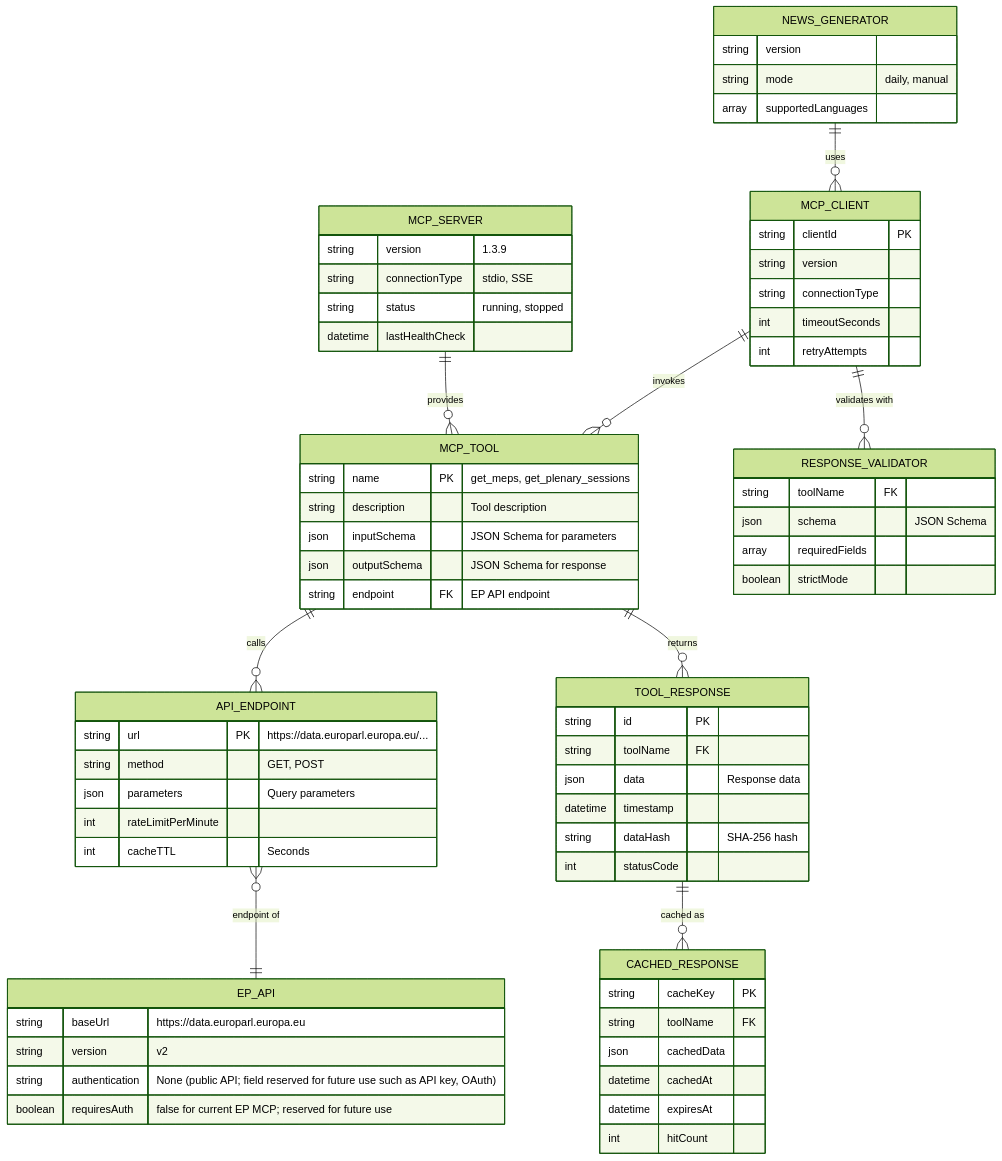
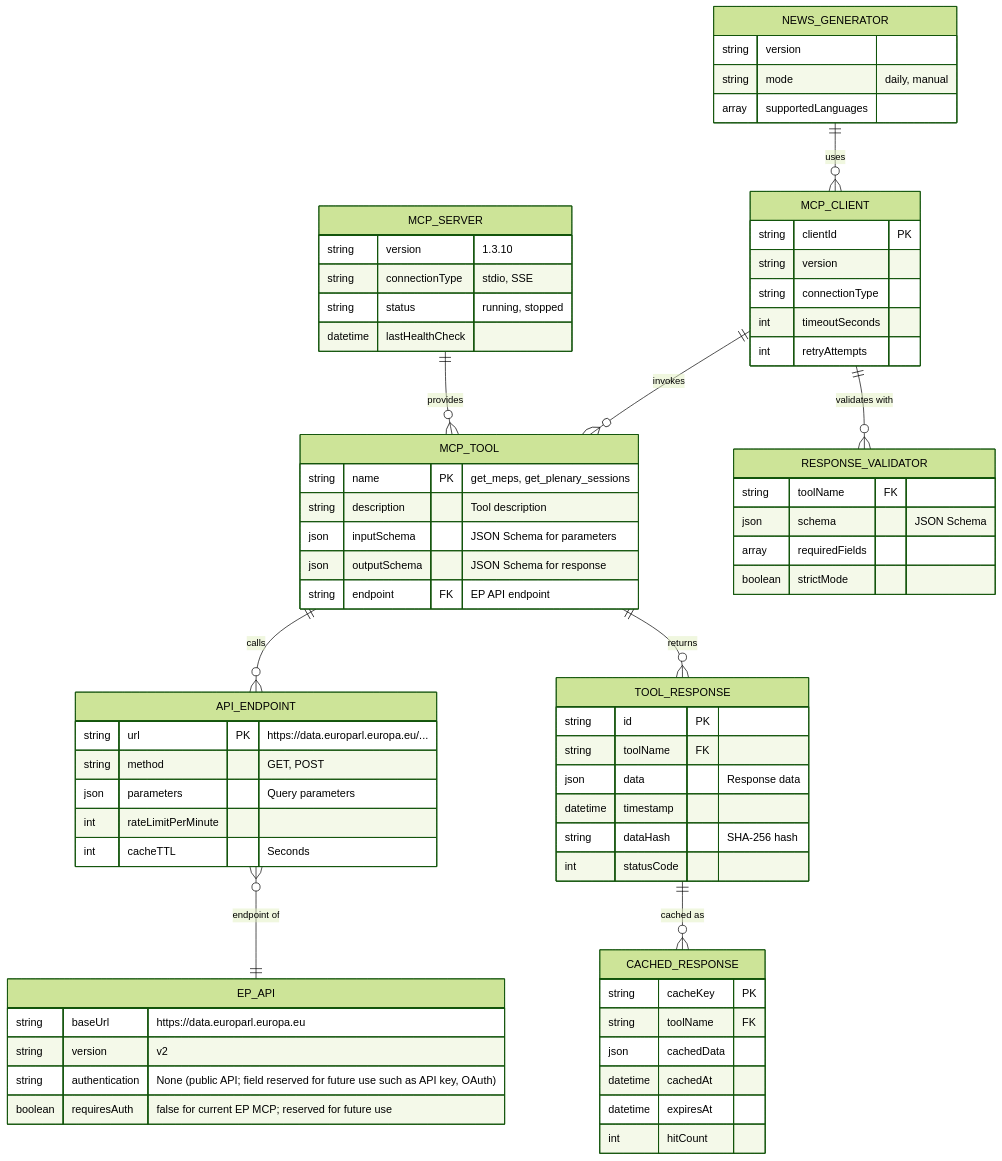
One commit to Hack23/euparliamentmonitor changed the third of 9 diagrams in DATA_MODEL.md. Above: the diagram before and after it, drawn with Mermaid (forest theme). The commit also changed other lines of this file and 47 other files, not shown here.

````diff
--- a/DATA_MODEL.md
+++ b/DATA_MODEL.md
@@ -974,81 +974,81 @@
 ```mermaid
 erDiagram
     MCP_SERVER ||--o{ MCP_TOOL : "provides"
     MCP_TOOL ||--o{ API_ENDPOINT : "calls"
     API_ENDPOINT }o--|| EP_API : "endpoint of"
     MCP_TOOL ||--o{ TOOL_RESPONSE : "returns"
     TOOL_RESPONSE ||--o{ CACHED_RESPONSE : "cached as"
 
     NEWS_GENERATOR ||--o{ MCP_CLIENT : "uses"
     MCP_CLIENT ||--o{ MCP_TOOL : "invokes"
     MCP_CLIENT ||--o{ RESPONSE_VALIDATOR : "validates with"
 
     MCP_SERVER {
-        string version "1.3.9"
+        string version "1.3.10"
         string connectionType "stdio, SSE"
         string status "running, stopped"
         datetime lastHealthCheck
     }
 
     MCP_TOOL {
         string name PK "get_meps, get_plenary_sessions"
         string description "Tool description"
         json inputSchema "JSON Schema for parameters"
         json outputSchema "JSON Schema for response"
         string endpoint FK "EP API endpoint"
     }
 
     API_ENDPOINT {
         string url PK "https://data.europarl.europa.eu/..."
         string method "GET, POST"
         json parameters "Query parameters"
         int rateLimitPerMinute
         int cacheTTL "Seconds"
     }
 
     EP_API {
         string baseUrl "https://data.europarl.europa.eu"
         string version "v2"
         string authentication "None (public API; field reserved for future use such as API key, OAuth)"
         boolean requiresAuth "false for current EP MCP; reserved for future use"
     }
 
     TOOL_RESPONSE {
         string id PK
         string toolName FK
         json data "Response data"
         datetime timestamp
         string dataHash "SHA-256 hash"
         int statusCode
     }
 
     CACHED_RESPONSE {
         string cacheKey PK
         string toolName FK
         json cachedData
         datetime cachedAt
         datetime expiresAt
         int hitCount
     }
 
     MCP_CLIENT {
         string clientId PK
         string version
         string connectionType
         int timeoutSeconds
         int retryAttempts
     }
 
     RESPONSE_VALIDATOR {
         string toolName FK
         json schema "JSON Schema"
         array requiredFields
         boolean strictMode
     }
 
     NEWS_GENERATOR {
         string version
         string mode "daily, manual"
         array supportedLanguages
     }
 ```
````
